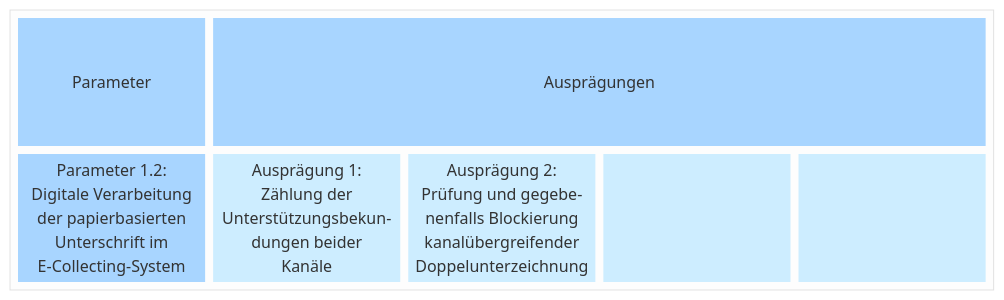
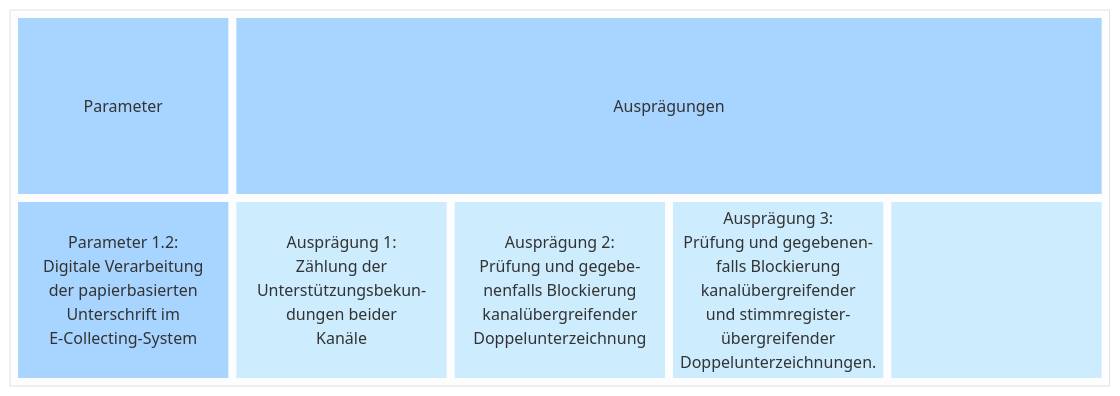
One commit to swiss/e-collecting changed the second of 2 diagrams in docs/morphological-box/parameter-1-2.md. Above: the diagram before and after it, drawn with Mermaid (neutral theme). The commit also changed other lines of this file, not shown here.

````diff
--- a/docs/morphological-box/parameter-1-2.md
+++ b/docs/morphological-box/parameter-1-2.md
@@ -60,33 +67,39 @@
 ```mermaid
 block
   block
     columns 5
     t1["Parameter"]
     t2["Ausprägungen"]:4
     d["Parameter 1.2:
       Digitale Verarbeitung 
       der papierbasierten
       Unterschrift im 
       E-Collecting-System"]
     a1["Ausprägung 1:
       Zählung der 
       Unterstützungsbekun-
       dungen beider
       Kanäle"]
     a2["Ausprägung 2:
       Prüfung und gegebe-
       nenfalls Blockierung
       kanalübergreifender
       Doppelunterzeichnung"]
-    a3["&nbsp;"]
+    a3["Ausprägung 3:
+      Prüfung und gegebenen-
+      falls Blockierung
+      kanalübergreifender
+      und stimmregister-
+      übergreifender
+      Doppelunterzeichnungen."]
     a4["&nbsp;"]
     style t1 fill:#a8d5ff,stroke-width:0px
     style t2 fill:#a8d5ff,stroke-width:0px
     style d fill:#a8d5ff,stroke-width:0px,text-valign:top
     style a1 fill:#cdedff,stroke-width:0px
     style a2 fill:#cdedff,stroke-width:0px
     style a3 fill:#cdedff,stroke-width:0px
     style a4 fill:#cdedff,stroke-width:0px
     
   end
 ```
````
